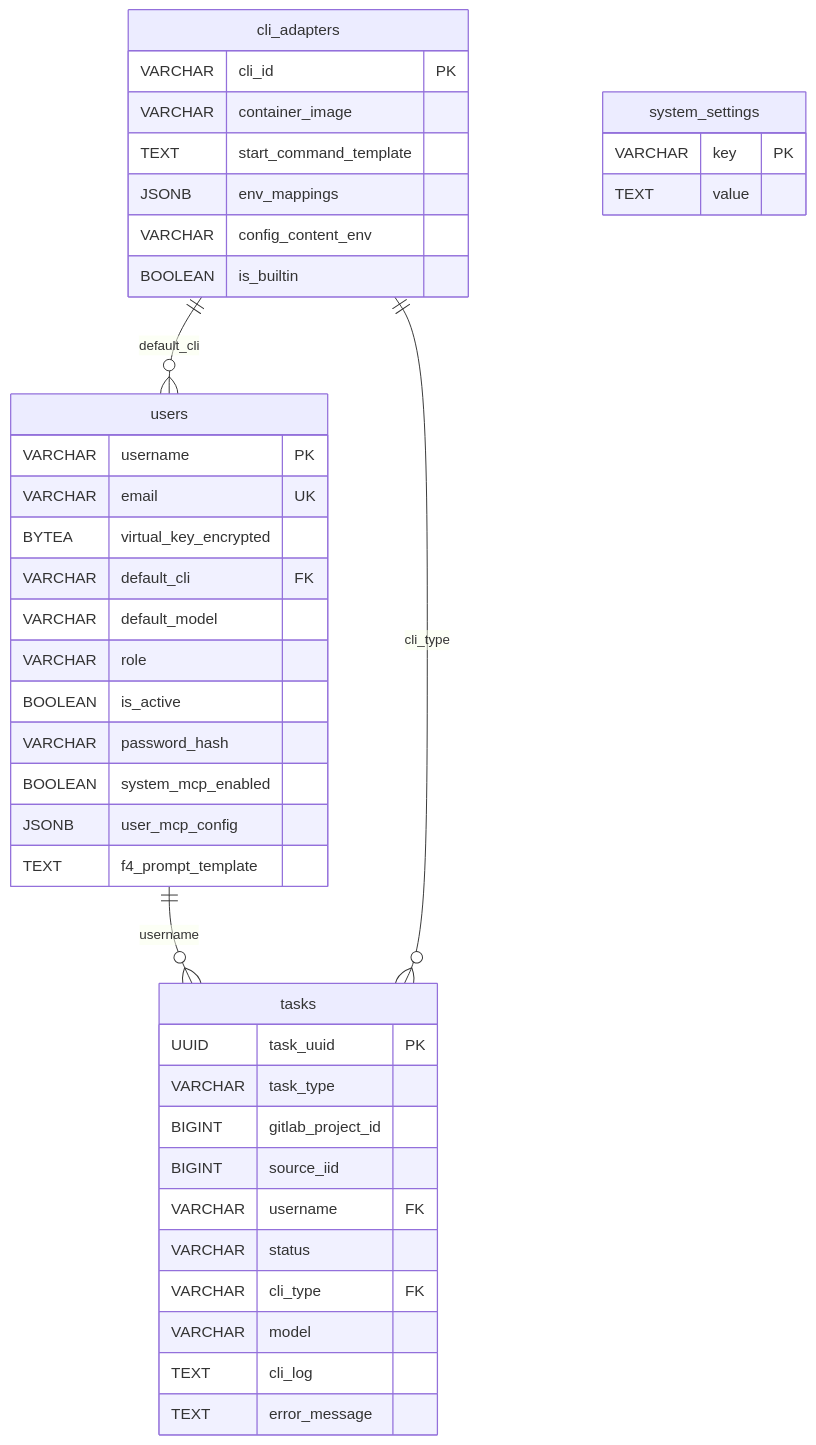
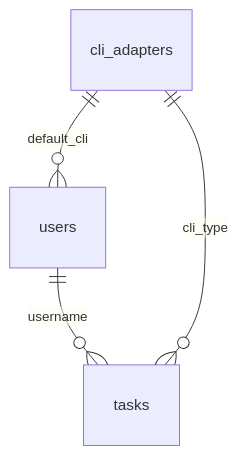
Before and after one commit to notfolder/CodingAgentAutomata: the third of 9 diagrams in docs/detail_design.md, drawn with Mermaid. The commit also changed other lines of this file and 5 other files, not shown here.

````diff
--- a/docs/detail_design.md
+++ b/docs/detail_design.md
@@ -189,47 +127,6 @@
 ```mermaid
 erDiagram
-    users ||--o{ tasks : username
-    cli_adapters ||--o{ users : default_cli
-    cli_adapters ||--o{ tasks : cli_type
-
-    users {
-        VARCHAR username PK
-        VARCHAR email UK
-        BYTEA virtual_key_encrypted
-        VARCHAR default_cli FK
-        VARCHAR default_model
-        VARCHAR role
-        BOOLEAN is_active
-        VARCHAR password_hash
-        BOOLEAN system_mcp_enabled
-        JSONB user_mcp_config
-        TEXT f4_prompt_template
-    }
-
-    cli_adapters {
-        VARCHAR cli_id PK
-        VARCHAR container_image
-        TEXT start_command_template
-        JSONB env_mappings
-        VARCHAR config_content_env
-        BOOLEAN is_builtin
-    }
-
-    tasks {
-        UUID task_uuid PK
-        VARCHAR task_type
-        BIGINT gitlab_project_id
-        BIGINT source_iid
-        VARCHAR username FK
-        VARCHAR status
-        VARCHAR cli_type FK
-        VARCHAR model
-        TEXT cli_log
-        TEXT error_message
-    }
-
-    system_settings {
-        VARCHAR key PK
-        TEXT value
-    }
+  users ||--o{ tasks : username
+  cli_adapters ||--o{ users : default_cli
+  cli_adapters ||--o{ tasks : cli_type
 ```
````
